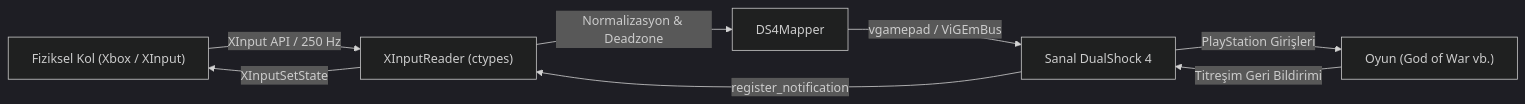
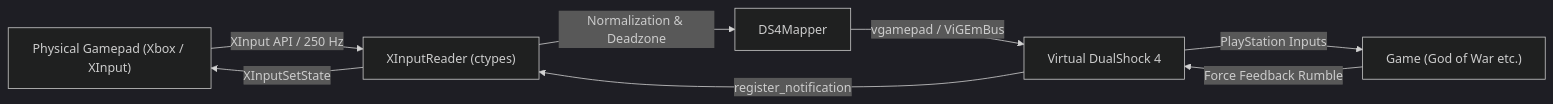
One commit to MustafaEmirKocyigitt/DualShock4Bridge changed the diagram in README.md. Above: the diagram before and after it, drawn with Mermaid (dark theme). The commit also changed other lines of this file and 4 other files, not shown here.

````diff
--- a/README.md
+++ b/README.md
@@ -87,10 +91,10 @@
 ```mermaid
 flowchart LR
-    A["Fiziksel Kol (Xbox / XInput)"] -->|XInput API / 250 Hz| B["XInputReader (ctypes)"]
-    B -->|Normalizasyon & Deadzone| C["DS4Mapper"]
-    C -->|vgamepad / ViGEmBus| D["Sanal DualShock 4"]
-    D -->|PlayStation Girişleri| E["Oyun (God of War vb.)"]
-    E -->|Titreşim Geri Bildirimi| D
+    A["Physical Gamepad (Xbox / XInput)"] -->|XInput API / 250 Hz| B["XInputReader (ctypes)"]
+    B -->|Normalization & Deadzone| C["DS4Mapper"]
+    C -->|vgamepad / ViGEmBus| D["Virtual DualShock 4"]
+    D -->|PlayStation Inputs| E["Game (God of War etc.)"]
+    E -->|Force Feedback Rumble| D
     D -->|register_notification| B
     B -->|XInputSetState| A
 ```
````
